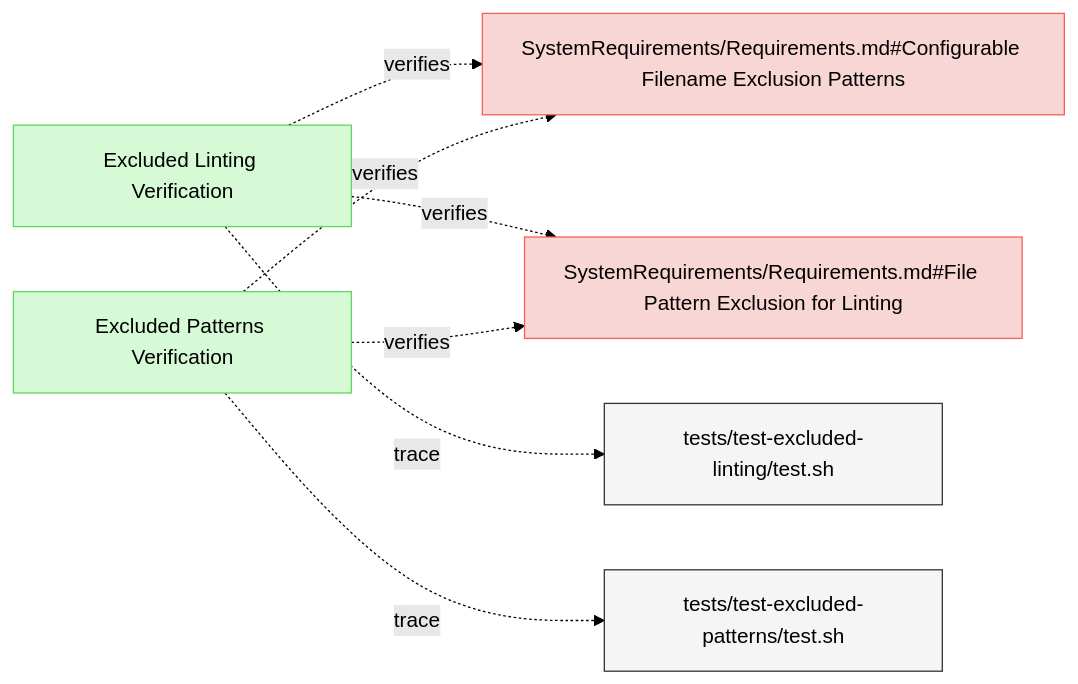
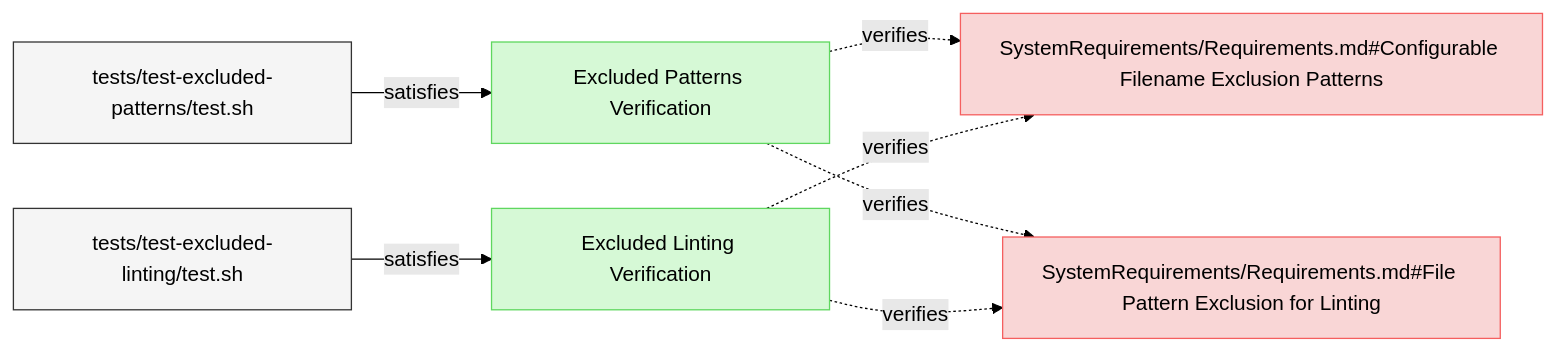
The third of 3 diagrams in specifications/Verifications/LintingTests.md (reqvire-org/reqvire), drawn with Mermaid (forest theme) before and after one commit. The commit also changed other lines of this file and 16 other files, not shown here.

Commit message:
Use satisfiedBy for test Verifications.

````diff
--- a/specifications/Verifications/LintingTests.md
+++ b/specifications/Verifications/LintingTests.md
@@ -277,33 +247,33 @@
 ```mermaid
 graph LR;
   %% Graph styling
   classDef requirement fill:#f9d6d6,stroke:#f55f5f,stroke-width:1px;
   classDef verification fill:#d6f9d6,stroke:#5fd75f,stroke-width:1px;
   classDef externalLink fill:#d0e0ff,stroke:#3080ff,stroke-width:1px;
   classDef default fill:#f5f5f5,stroke:#333333,stroke-width:1px;
 
-  c63c04402c100a4a["Excluded Linting Verification"];
-  click c63c04402c100a4a "https://github.com/Reqvire/reqvire/blob/92e82ef235559b4819fd85d700024b79b452d8e3/specifications/Verifications/LintingTests.md#excluded-linting-verification";
-  class c63c04402c100a4a verification;
+  3cea1c7ac2f7a8c5["Excluded Patterns Verification"];
+  click 3cea1c7ac2f7a8c5 "https://github.com/Reqvire/reqvire/blob/30536324899084e88969175e3613c971ffa6e108/specifications/Verifications/LintingTests.md#excluded-patterns-verification";
+  class 3cea1c7ac2f7a8c5 verification;
   4bf74699f40f4a76["SystemRequirements/Requirements.md#Configurable Filename Exclusion Patterns"];
   class 4bf74699f40f4a76 requirement;
-  click 4bf74699f40f4a76 "https://github.com/Reqvire/reqvire/blob/92e82ef235559b4819fd85d700024b79b452d8e3/specifications/SystemRequirements/Requirements.md#configurable-filename-exclusion-patterns";
-  c63c04402c100a4a -.->|verifies| 4bf74699f40f4a76;
+  click 4bf74699f40f4a76 "https://github.com/Reqvire/reqvire/blob/30536324899084e88969175e3613c971ffa6e108/specifications/SystemRequirements/Requirements.md#configurable-filename-exclusion-patterns";
+  3cea1c7ac2f7a8c5 -.->|verifies| 4bf74699f40f4a76;
   48e8a0b4b18111c4["SystemRequirements/Requirements.md#File Pattern Exclusion for Linting"];
   class 48e8a0b4b18111c4 requirement;
-  click 48e8a0b4b18111c4 "https://github.com/Reqvire/reqvire/blob/92e82ef235559b4819fd85d700024b79b452d8e3/specifications/SystemRequirements/Requirements.md#file-pattern-exclusion-for-linting";
+  click 48e8a0b4b18111c4 "https://github.com/Reqvire/reqvire/blob/30536324899084e88969175e3613c971ffa6e108/specifications/SystemRequirements/Requirements.md#file-pattern-exclusion-for-linting";
+  3cea1c7ac2f7a8c5 -.->|verifies| 48e8a0b4b18111c4;
+  ec11a68aa5b4bdc1["tests/test-excluded-patterns/test.sh"];
+  class ec11a68aa5b4bdc1 default;
+  click ec11a68aa5b4bdc1 "https://github.com/Reqvire/reqvire/blob/30536324899084e88969175e3613c971ffa6e108/tests/test-excluded-patterns/test.sh";
+  ec11a68aa5b4bdc1 -->|satisfies| 3cea1c7ac2f7a8c5;
+  c63c04402c100a4a["Excluded Linting Verification"];
+  click c63c04402c100a4a "https://github.com/Reqvire/reqvire/blob/30536324899084e88969175e3613c971ffa6e108/specifications/Verifications/LintingTests.md#excluded-linting-verification";
+  class c63c04402c100a4a verification;
+  c63c04402c100a4a -.->|verifies| 4bf74699f40f4a76;
   c63c04402c100a4a -.->|verifies| 48e8a0b4b18111c4;
   b2805e4d183be784["tests/test-excluded-linting/test.sh"];
   class b2805e4d183be784 default;
-  click b2805e4d183be784 "https://github.com/Reqvire/reqvire/blob/92e82ef235559b4819fd85d700024b79b452d8e3/tests/test-excluded-linting/test.sh";
-  c63c04402c100a4a -.->|trace| b2805e4d183be784;
-  3cea1c7ac2f7a8c5["Excluded Patterns Verification"];
-  click 3cea1c7ac2f7a8c5 "https://github.com/Reqvire/reqvire/blob/92e82ef235559b4819fd85d700024b79b452d8e3/specifications/Verifications/LintingTests.md#excluded-patterns-verification";
-  class 3cea1c7ac2f7a8c5 verification;
-  3cea1c7ac2f7a8c5 -.->|verifies| 4bf74699f40f4a76;
-  3cea1c7ac2f7a8c5 -.->|verifies| 48e8a0b4b18111c4;
-  ec11a68aa5b4bdc1["tests/test-excluded-patterns/test.sh"];
-  class ec11a68aa5b4bdc1 default;
-  click ec11a68aa5b4bdc1 "https://github.com/Reqvire/reqvire/blob/92e82ef235559b4819fd85d700024b79b452d8e3/tests/test-excluded-patterns/test.sh";
-  3cea1c7ac2f7a8c5 -.->|trace| ec11a68aa5b4bdc1;
+  click b2805e4d183be784 "https://github.com/Reqvire/reqvire/blob/30536324899084e88969175e3613c971ffa6e108/tests/test-excluded-linting/test.sh";
+  b2805e4d183be784 -->|satisfies| c63c04402c100a4a;
 ```
````
